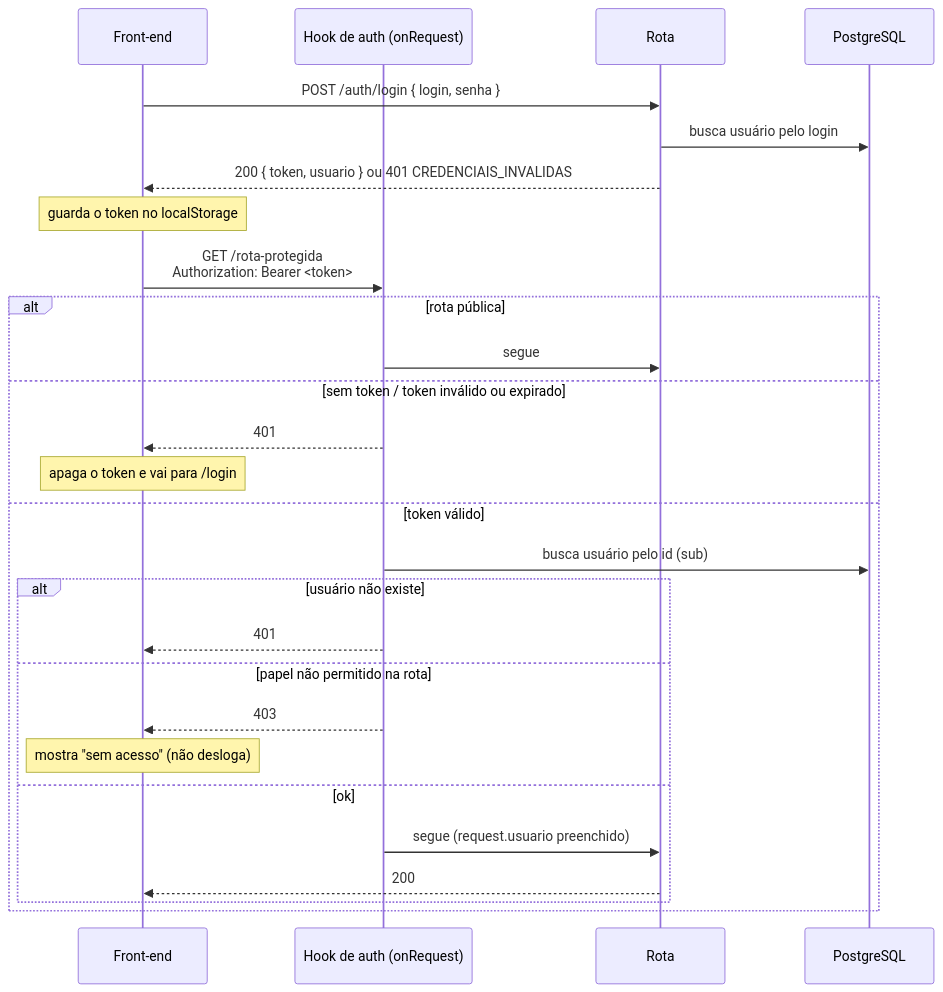
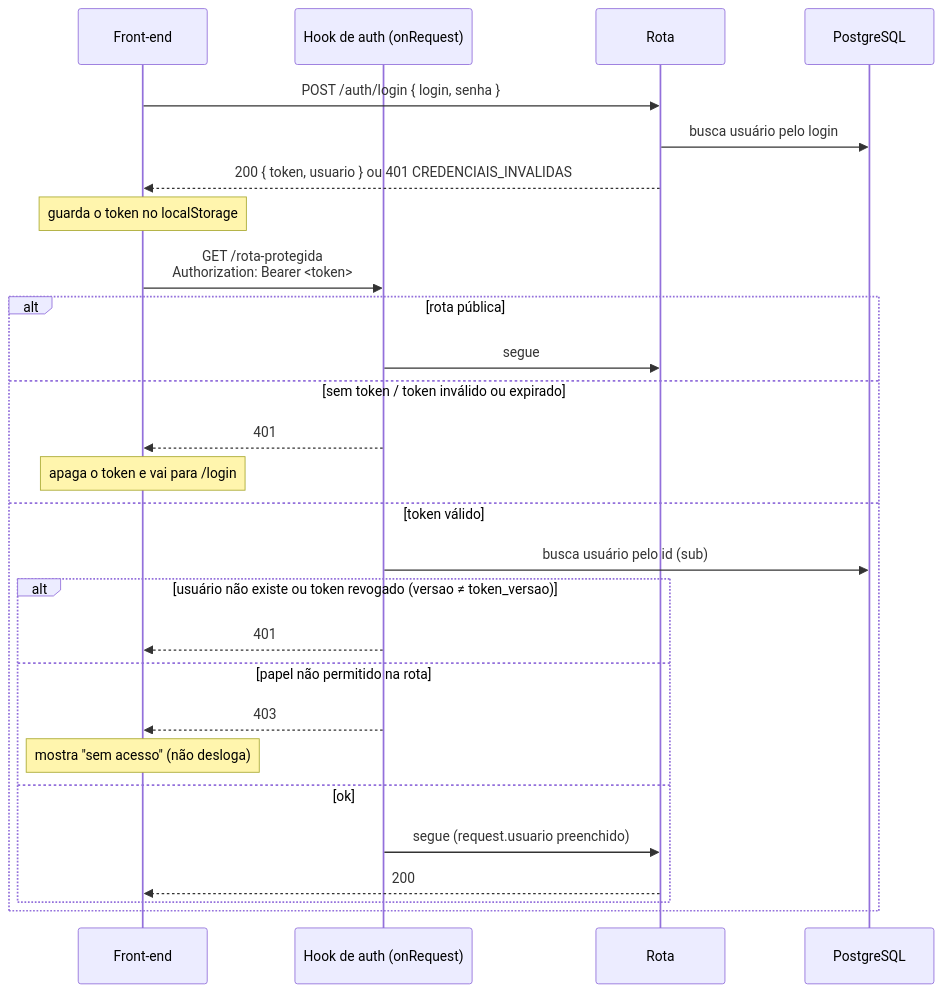
Before and after one commit to cdghubinatel/SefiTeam-Versao-2: the diagram in docs/autenticacao.md, drawn with Mermaid. The commit also changed other lines of this file and 3 other files, not shown here.

Commit message:
docs: document auth flow, password by email and pending design

````diff
--- a/docs/autenticacao.md
+++ b/docs/autenticacao.md
@@ -7,31 +7,31 @@
 ```mermaid
 sequenceDiagram
     participant F as Front-end
     participant H as Hook de auth (onRequest)
     participant R as Rota
     participant DB as PostgreSQL
 
     F->>R: POST /auth/login { login, senha }
     R->>DB: busca usuário pelo login
     R-->>F: 200 { token, usuario } ou 401 CREDENCIAIS_INVALIDAS
     Note over F: guarda o token no localStorage
 
     F->>H: GET /rota-protegida<br/>Authorization: Bearer <token>
     alt rota pública
         H->>R: segue
     else sem token / token inválido ou expirado
         H-->>F: 401
         Note over F: apaga o token e vai para /login
     else token válido
         H->>DB: busca usuário pelo id (sub)
-        alt usuário não existe
+        alt usuário não existe ou token revogado (versao ≠ token_versao)
             H-->>F: 401
         else papel não permitido na rota
             H-->>F: 403
             Note over F: mostra "sem acesso" (não desloga)
         else ok
             H->>R: segue (request.usuario preenchido)
             R-->>F: 200
         end
     end
 ```
````
